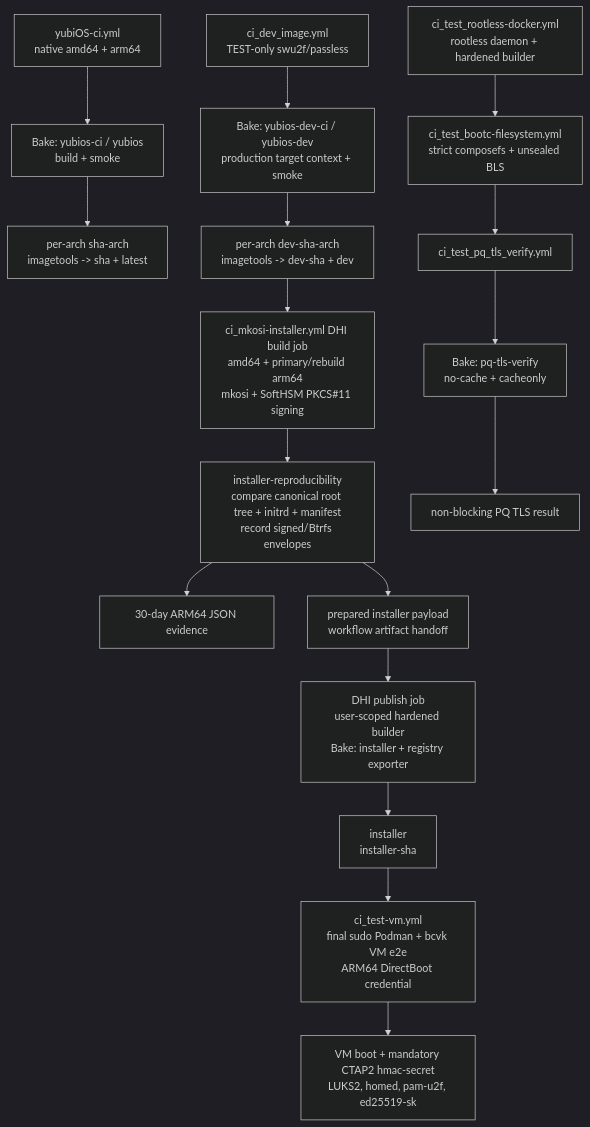
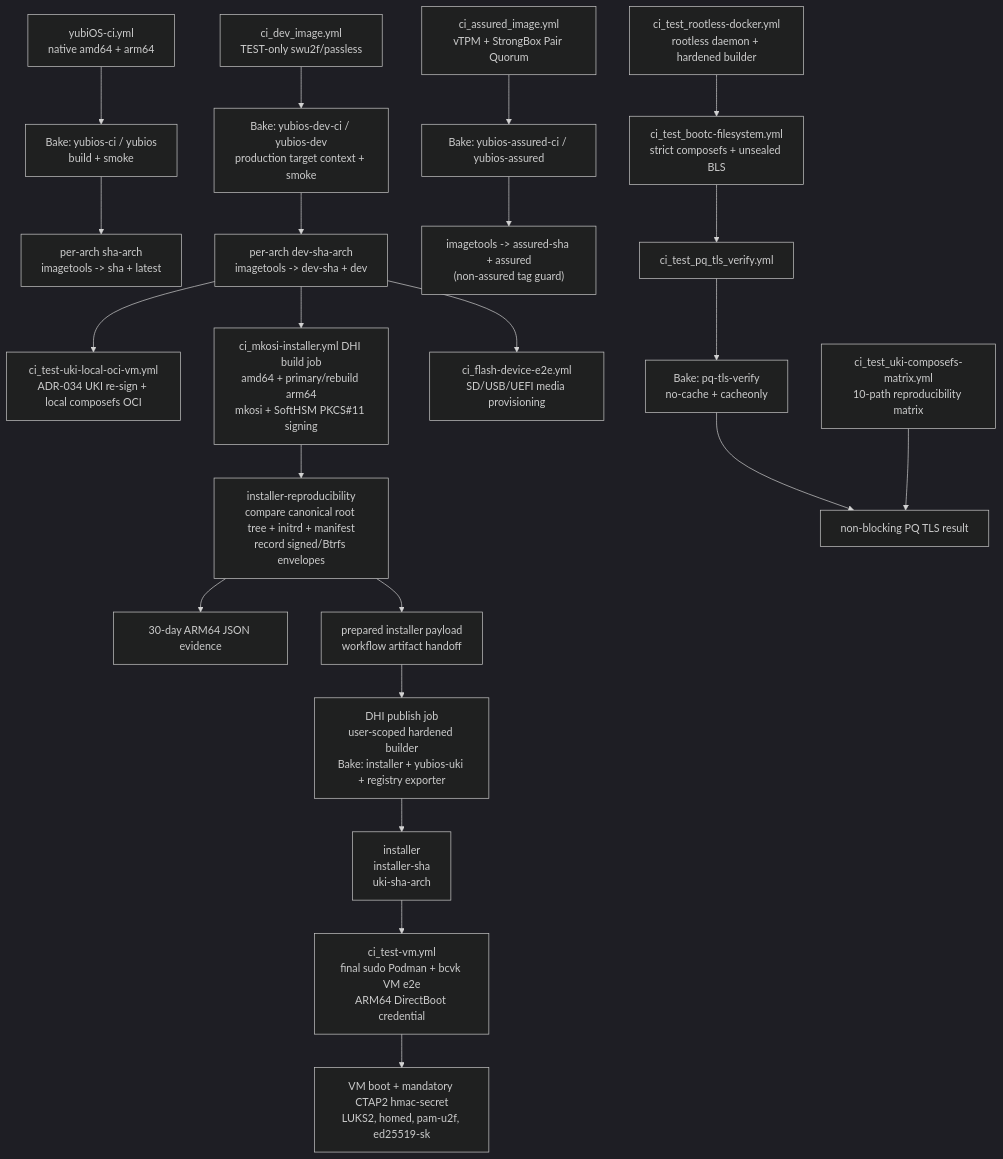
One commit to yubi-OS/yubiOS changed the ninth of 13 diagrams in docs/CI_MAP.md. Above: the diagram before and after it, drawn with Mermaid (dark theme). The commit also changed other lines of this file, not shown here.

Commit message:
docs(ci): refresh CI_MAP.md for 44-file census, 7-stage flash lane, and live ci-launchpad schema sync

````diff
--- a/docs/CI_MAP.md
+++ b/docs/CI_MAP.md
@@ -427,27 +679,37 @@
 ```mermaid
 flowchart TD
     prod_wf["yubiOS-ci.yml\nnative amd64 + arm64"]
     prod_bake["Bake: yubios-ci / yubios\nbuild + smoke"]
     prod_out["per-arch sha-arch\nimagetools -> sha + latest"]
     dev_wf["ci_dev_image.yml\nTEST-only swu2f/passless"]
     dev_bake["Bake: yubios-dev-ci / yubios-dev\nproduction target context + smoke"]
     dev_out["per-arch dev-sha-arch\nimagetools -> dev-sha + dev"]
+    assured_wf["ci_assured_image.yml\nvTPM + StrongBox Pair Quorum"]
+    assured_bake["Bake: yubios-assured-ci / yubios-assured"]
+    assured_out["imagetools -> assured-sha + assured\n(non-assured tag guard)"]
     vm["ci_test-vm.yml\nfinal sudo Podman + bcvk VM e2e\nARM64 DirectBoot credential"]
     vm_out["VM boot + mandatory CTAP2 hmac-secret\nLUKS2, homed, pam-u2f, ed25519-sk"]
+    ukivm["ci_test-uki-local-oci-vm.yml\nADR-034 UKI re-sign + local composefs OCI"]
     installer["ci_mkosi-installer.yml DHI build job\namd64 + primary/rebuild arm64\nmkosi + SoftHSM PKCS#11 signing"]
     installer_proof["installer-reproducibility\ncompare canonical root tree + initrd + manifest\nrecord signed/Btrfs envelopes"]
     installer_evidence["30-day ARM64 JSON evidence"]
     installer_payload["prepared installer payload\nworkflow artifact handoff"]
-    installer_bake["DHI publish job\nuser-scoped hardened builder\nBake: installer + registry exporter"]
-    installer_out["installer\ninstaller-sha"]
+    installer_bake["DHI publish job\nuser-scoped hardened builder\nBake: installer + yubios-uki + registry exporter"]
+    installer_out["installer\ninstaller-sha\nuki-sha-arch"]
+    flash["ci_flash-device-e2e.yml\nSD/USB/UEFI media provisioning"]
     rootless["ci_test_rootless-docker.yml\nrootless daemon + hardened builder"]
     bootc["ci_test_bootc-filesystem.yml\nstrict composefs + unsealed BLS"]
     pq["ci_test_pq_tls_verify.yml"]
     pq_bake["Bake: pq-tls-verify\nno-cache + cacheonly"]
     pq_out["non-blocking PQ TLS result"]
+    matrix["ci_test_uki-composefs-matrix.yml\n10-path reproducibility matrix"]
 
     prod_wf --> prod_bake --> prod_out
+    assured_wf --> assured_bake --> assured_out
     dev_wf --> dev_bake --> dev_out --> installer --> installer_proof --> installer_evidence
     installer_proof --> installer_payload --> installer_bake --> installer_out --> vm --> vm_out
+    dev_out --> ukivm
+    dev_out --> flash
     rootless --> bootc --> pq --> pq_bake --> pq_out
+    matrix --> pq_out
 ```
````
